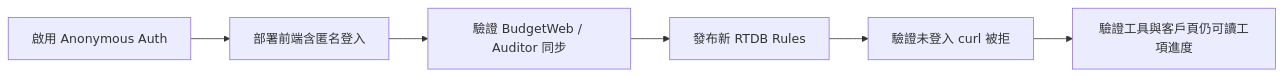
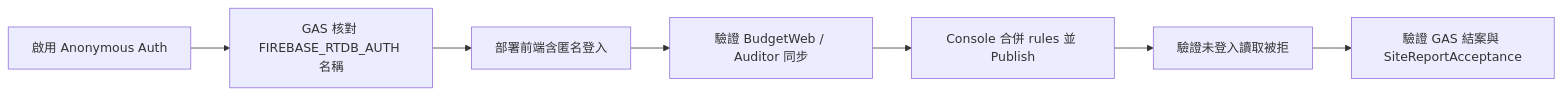
Before and after one commit to nephi4377/liff-checkin: the diagram in docs/runbooks/RTDB_QUOTATIONS_AUTH_RULES_RUNBOOK.md, drawn with Mermaid. The commit also changed other lines of this file and 6 other files, not shown here.

First line of the commit message:
docs(rtdb): TINA review — GAS auth gate, rules fragment only, no CLI deploy

````diff
--- a/docs/runbooks/RTDB_QUOTATIONS_AUTH_RULES_RUNBOOK.md
+++ b/docs/runbooks/RTDB_QUOTATIONS_AUTH_RULES_RUNBOOK.md
@@ -40,8 +75,9 @@
 ```mermaid
 flowchart LR
-  A[啟用 Anonymous Auth] --> B[部署前端含匿名登入]
-  B --> C[驗證 BudgetWeb / Auditor 同步]
-  C --> D[發布新 RTDB Rules]
-  D --> E[驗證未登入 curl 被拒]
-  E --> F[驗證工具與客戶頁仍可讀工項進度]
+  A[啟用 Anonymous Auth] --> B[GAS 核對 FIREBASE_RTDB_AUTH 名稱]
+  B --> C[部署前端含匿名登入]
+  C --> D[驗證 BudgetWeb / Auditor 同步]
+  D --> E[Console 合併 rules 並 Publish]
+  E --> F[驗證未登入讀取被拒]
+  F --> G[驗證 GAS 結案與 SiteReportAcceptance]
 ```
````
